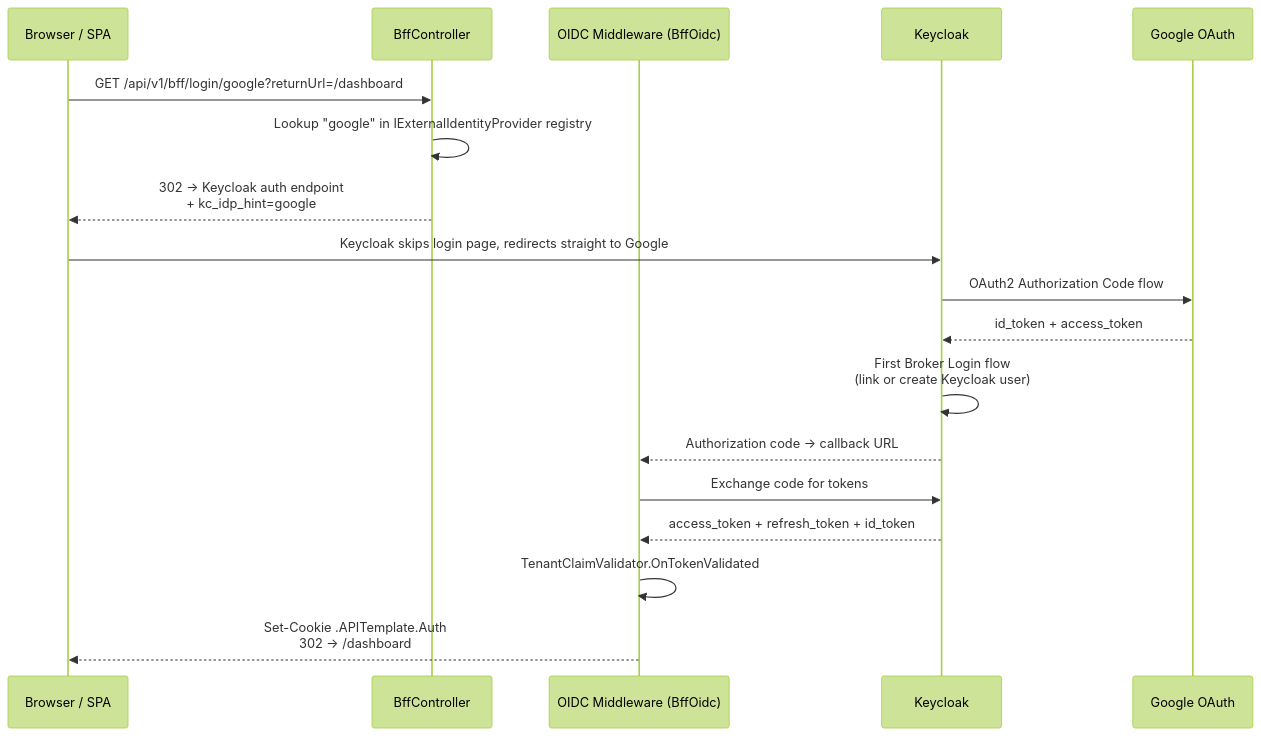
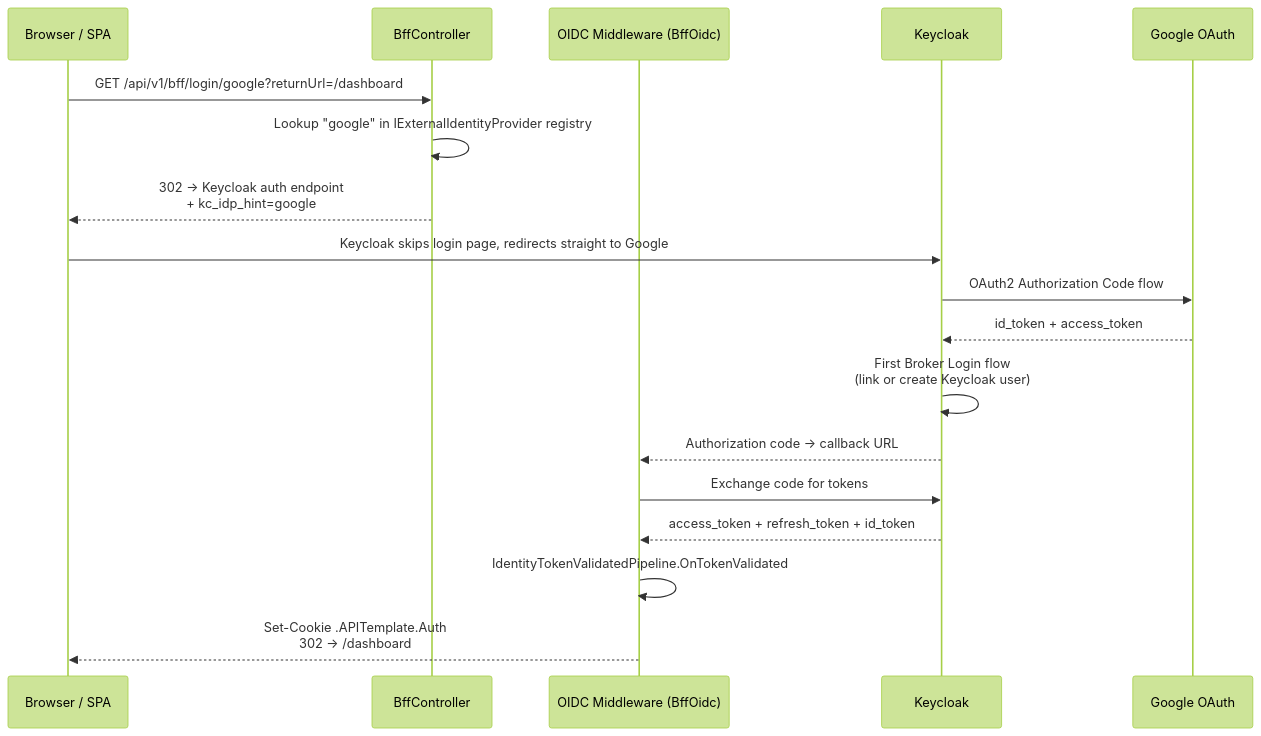
One commit to zribktad/API-Template-Modules changed the third of 9 diagrams in docs/AUTHENTICATION.md. Above: the diagram before and after it, drawn with Mermaid (forest theme). The commit also changed other lines of this file and 9 other files, not shown here.

Commit message:
Rename IdentityTokenValidatedHandler to IdentityTokenValidatedPipeline

````diff
--- a/docs/AUTHENTICATION.md
+++ b/docs/AUTHENTICATION.md
@@ -266,21 +266,21 @@
 ```mermaid
 sequenceDiagram
     participant SPA as Browser / SPA
     participant BFF as BffController
     participant OIDC as OIDC Middleware (BffOidc)
     participant KC as Keycloak
     participant G as Google OAuth
 
     SPA->>BFF: GET /api/v1/bff/login/google?returnUrl=/dashboard
     BFF->>BFF: Lookup "google" in IExternalIdentityProvider registry
     BFF-->>SPA: 302 → Keycloak auth endpoint<br/>+ kc_idp_hint=google
     SPA->>KC: Keycloak skips login page, redirects straight to Google
     KC->>G: OAuth2 Authorization Code flow
     G-->>KC: id_token + access_token
     KC->>KC: First Broker Login flow<br/>(link or create Keycloak user)
     KC-->>OIDC: Authorization code → callback URL
     OIDC->>KC: Exchange code for tokens
     KC-->>OIDC: access_token + refresh_token + id_token
-    OIDC->>OIDC: TenantClaimValidator.OnTokenValidated
+    OIDC->>OIDC: IdentityTokenValidatedPipeline.OnTokenValidated
     OIDC-->>SPA: Set-Cookie .APITemplate.Auth<br/>302 → /dashboard
 ```
````
